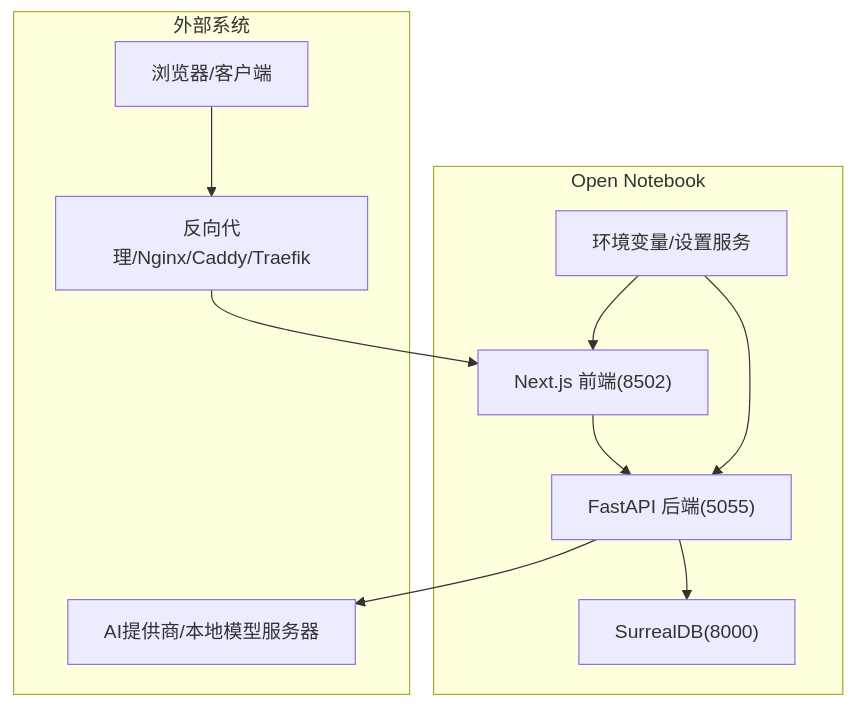
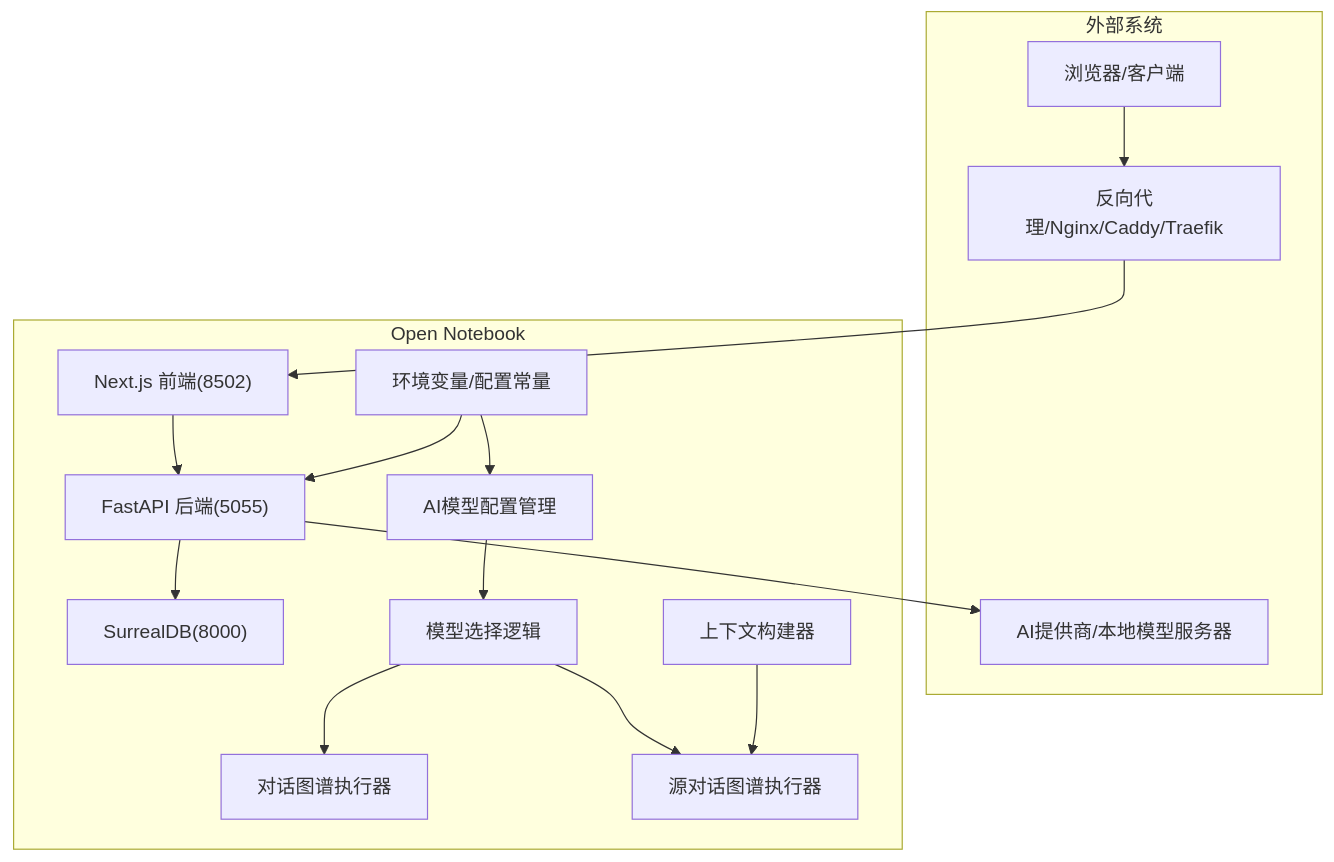
One commit to jackeyunjie/open-notebook changed the second of 12 diagrams in .qoder/repowiki/zh/content/配置管理/配置管理.md. Above: the diagram before and after it, drawn with Mermaid. The commit also changed other lines of this file and 51 other files, not shown here.

````diff
--- a/.qoder/repowiki/zh/content/配置管理/配置管理.md
+++ b/.qoder/repowiki/zh/content/配置管理/配置管理.md
@@ -92,21 +143,30 @@
 ```mermaid
 graph TB
 subgraph "外部系统"
 UI["浏览器/客户端"]
 PROXY["反向代理/Nginx/Caddy/Traefik"]
 PROVIDERS["AI提供商/本地模型服务器"]
 end
 subgraph "Open Notebook"
 FRONT["Next.js 前端(8502)"]
 API["FastAPI 后端(5055)"]
 DB["SurrealDB(8000)"]
-CFG["环境变量/设置服务"]
+CFG["环境变量/配置常量"]
+MODELS["AI模型配置管理"]
+PROVISION["模型选择逻辑"]
+CONTEXT["上下文构建器"]
+CHAT["对话图谱执行器"]
+SOURCECHAT["源对话图谱执行器"]
 end
 UI --> PROXY
 PROXY --> FRONT
 FRONT --> API
 API --> DB
 CFG --> API
-CFG --> FRONT
+CFG --> MODELS
+MODELS --> PROVISION
+PROVISION --> CHAT
+PROVISION --> SOURCECHAT
+CONTEXT --> SOURCECHAT
 API --> PROVIDERS
 ```
````
